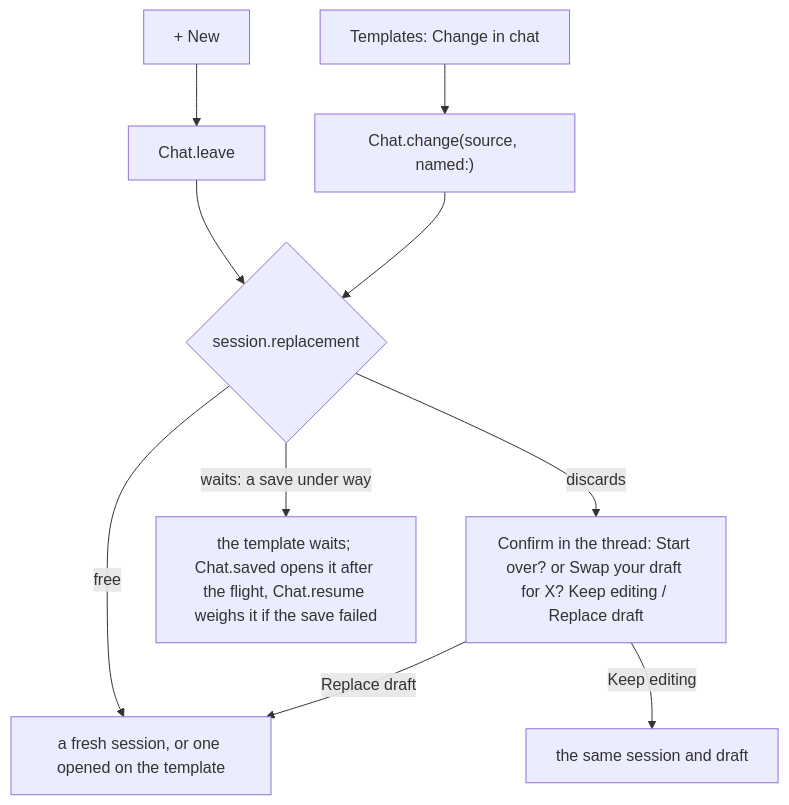
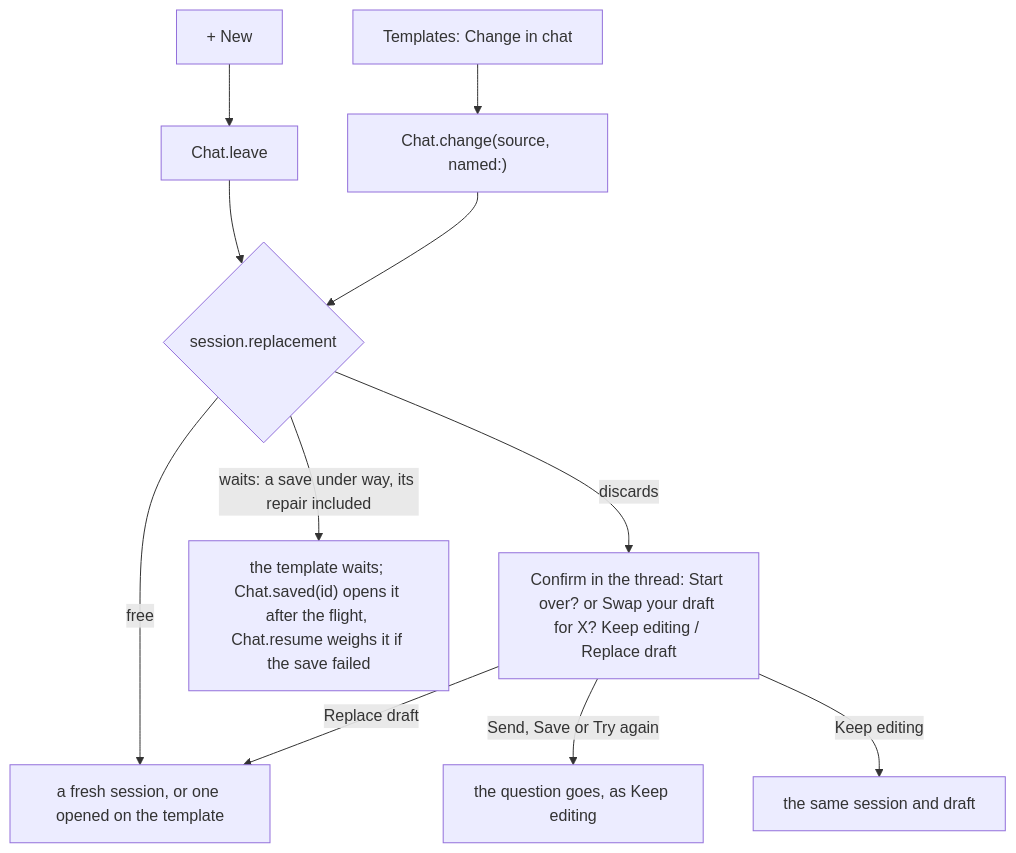
One commit to Krutik460/Widgie changed the third of 5 diagrams in docs/pr/19-app-shell-u2-chat.md. Above: the diagram before and after it, drawn with Mermaid. The commit also changed other lines of this file and 1 other file, not shown here.

````diff
--- a/docs/pr/19-app-shell-u2-chat.md
+++ b/docs/pr/19-app-shell-u2-chat.md
@@ -69,12 +71,13 @@
 ```mermaid
 flowchart TD
   NEW["+ New"] --> LEAVE["Chat.leave"]
   TPL["Templates: Change in chat"] --> CHANGE["Chat.change(source, named:)"]
   LEAVE --> WEIGH{"session.replacement"}
   CHANGE --> WEIGH
   WEIGH -->|"free"| BEGIN["a fresh session, or one opened on the template"]
   WEIGH -->|"discards"| ASK["Confirm in the thread: Start over? or Swap your draft for X? Keep editing / Replace draft"]
-  WEIGH -->|"waits: a save under way"| HOLDT["the template waits; Chat.saved opens it after the flight, Chat.resume weighs it if the save failed"]
+  WEIGH -->|"waits: a save under way, its repair included"| HOLDT["the template waits; Chat.saved(id) opens it after the flight, Chat.resume weighs it if the save failed"]
+  ASK -->|"Send, Save or Try again"| DROP["the question goes, as Keep editing"]
   ASK -->|"Keep editing"| SAMES["the same session and draft"]
   ASK -->|"Replace draft"| BEGIN
 ```
````
